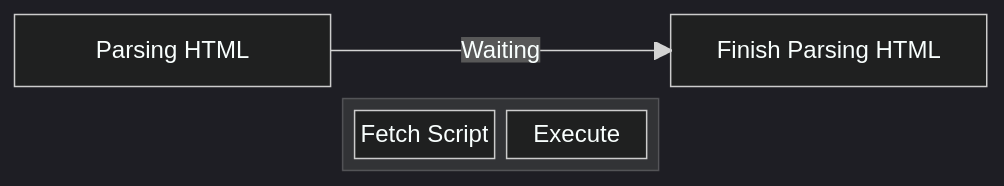
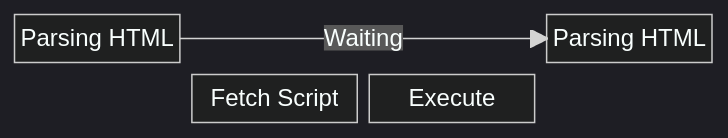
The first of 3 diagrams in README.md (abhinaya-aryal/javascript_note), drawn with Mermaid before and after one commit. The commit also changed other lines of this file, not shown here.

````diff
--- a/README.md
+++ b/README.md
@@ -2600,12 +2607,9 @@
 ```mermaid
 %%{init: {'theme':'dark'}}%%
 block-beta
-  columns 3
-  a["Parsing HTML"] space b["Finish Parsing HTML"]
+  columns 4
+  a["Parsing HTML"] space space b["Parsing HTML"]
   a--"Waiting"--->b
   space
-  block
-  columns 3
   c["Fetch Script"] d["Execute"]
-  end
 ```
````
